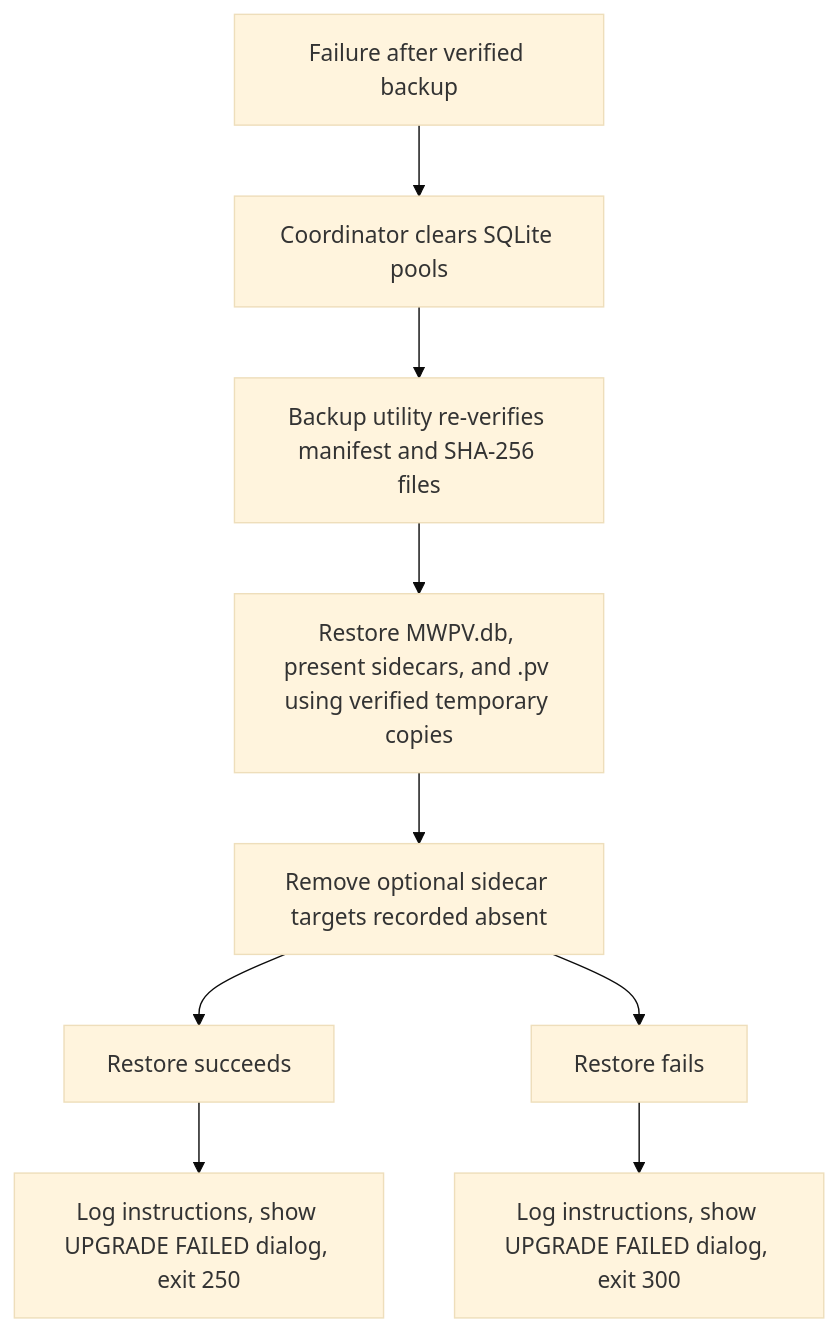
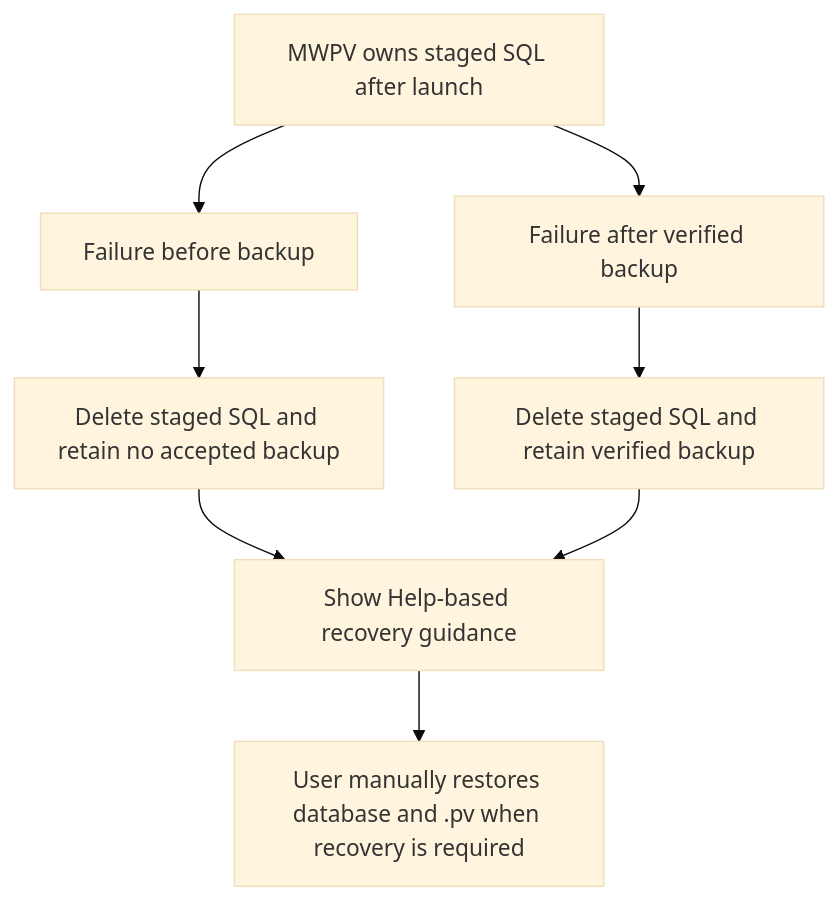
The fifth of 6 diagrams in docs/MWPV_Installer_Upgrade_and_Rollback_Flow.md (pgmrdlm/MWPV), drawn with Mermaid (base theme) before and after one commit. The commit also changed other lines of this file and 5 other files, not shown here.

````diff
--- a/docs/MWPV_Installer_Upgrade_and_Rollback_Flow.md
+++ b/docs/MWPV_Installer_Upgrade_and_Rollback_Flow.md
@@ -119,11 +117,10 @@
 ```mermaid
 flowchart TD
-  A["Failure after verified backup"] --> B["Coordinator clears SQLite pools"]
-  B --> C["Backup utility re-verifies manifest and SHA-256 files"]
-  C --> D["Restore MWPV.db, present sidecars, and .pv using verified temporary copies"]
-  D --> E["Remove optional sidecar targets recorded absent"]
-  E --> F["Restore succeeds"]
-  E --> G["Restore fails"]
-  F --> H["Log instructions, show UPGRADE FAILED dialog, exit 250"]
-  G --> I["Log instructions, show UPGRADE FAILED dialog, exit 300"]
+  A["MWPV owns staged SQL after launch"] --> B["Failure before backup"]
+  A --> C["Failure after verified backup"]
+  B --> D["Delete staged SQL and retain no accepted backup"]
+  C --> E["Delete staged SQL and retain verified backup"]
+  D --> F["Show Help-based recovery guidance"]
+  E --> F
+  F --> G["User manually restores database and .pv when recovery is required"]
 ```
````
